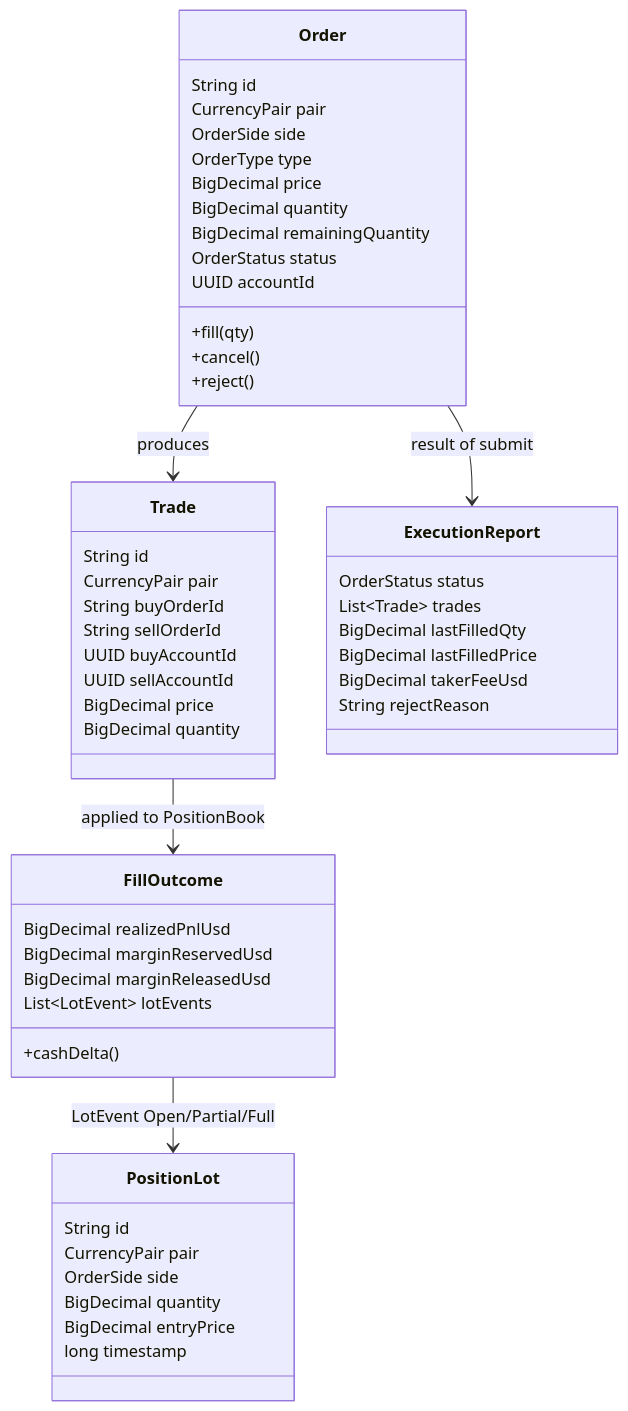
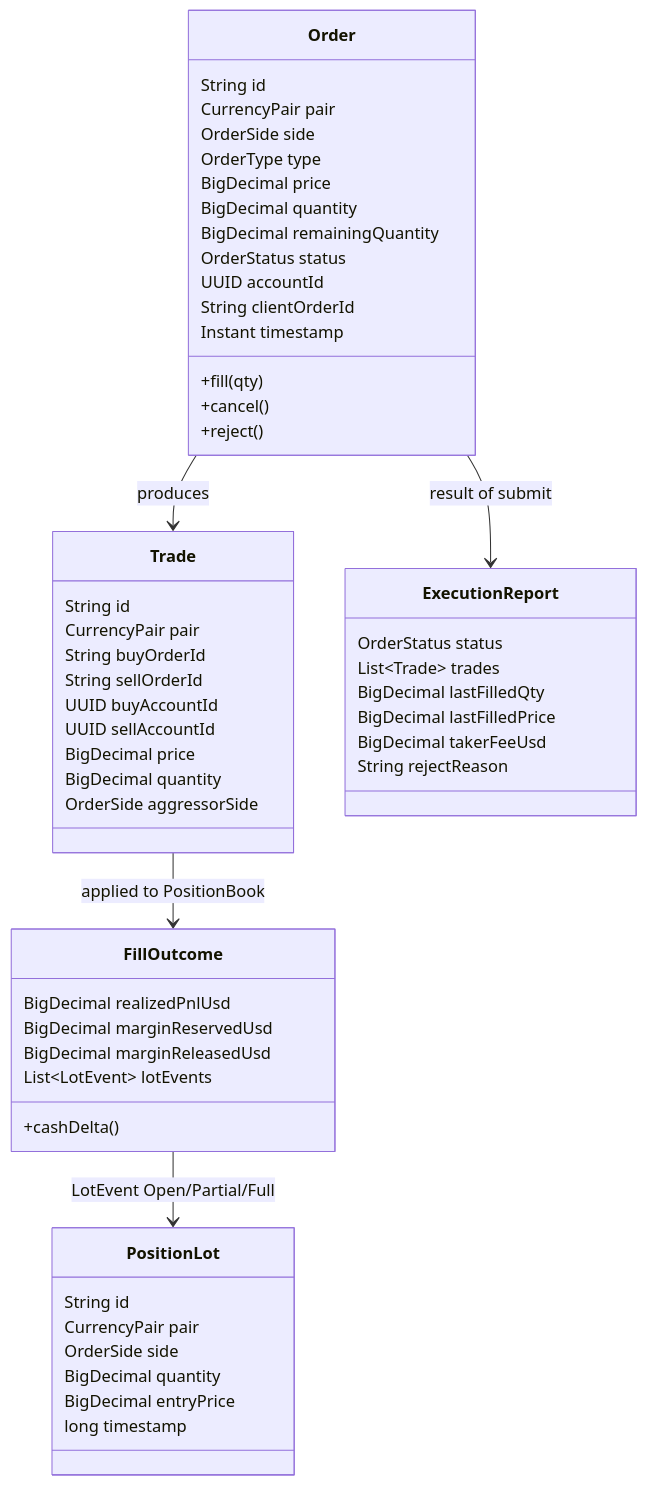
The first of 2 diagrams in 07-data-model.md (mc139/fx-oee-docs), drawn with Mermaid before and after one commit. The commit also changed other lines of this file and 21 other files, not shown here.

````diff
--- a/07-data-model.md
+++ b/07-data-model.md
@@ -11,54 +11,57 @@
 ```mermaid
 classDiagram
     class Order {
         String id
         CurrencyPair pair
         OrderSide side
         OrderType type
         BigDecimal price
         BigDecimal quantity
         BigDecimal remainingQuantity
         OrderStatus status
         UUID accountId
+        String clientOrderId
+        Instant timestamp
         +fill(qty)
         +cancel()
         +reject()
     }
     class Trade {
         String id
         CurrencyPair pair
         String buyOrderId
         String sellOrderId
         UUID buyAccountId
         UUID sellAccountId
         BigDecimal price
         BigDecimal quantity
+        OrderSide aggressorSide
     }
     class PositionLot {
         String id
         CurrencyPair pair
         OrderSide side
         BigDecimal quantity
         BigDecimal entryPrice
         long timestamp
     }
     class FillOutcome {
         BigDecimal realizedPnlUsd
         BigDecimal marginReservedUsd
         BigDecimal marginReleasedUsd
         List~LotEvent~ lotEvents
         +cashDelta()
     }
     class ExecutionReport {
         OrderStatus status
         List~Trade~ trades
         BigDecimal lastFilledQty
         BigDecimal lastFilledPrice
         BigDecimal takerFeeUsd
         String rejectReason
     }
     Order --> Trade : produces
     Trade --> FillOutcome : applied to PositionBook
     FillOutcome --> PositionLot : LotEvent Open/Partial/Full
     Order --> ExecutionReport : result of submit
 ```
````
